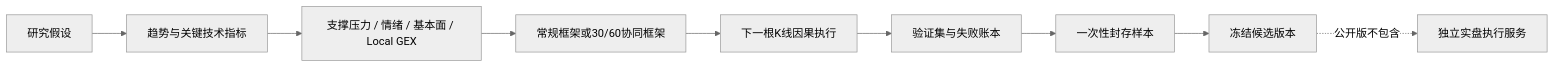
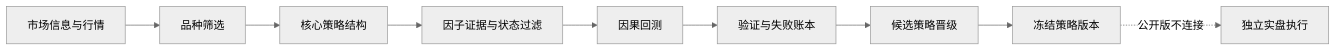
The diagram in README.md (mukhixiaoning122-create/futures-research-portfolio), drawn with Mermaid (neutral theme) before and after one commit. The commit also changed other lines of this file, not shown here.

````diff
--- a/README.md
+++ b/README.md
@@ -79,11 +38,11 @@
 ```mermaid
 flowchart LR
-    A["研究假设"] --> B["趋势与关键技术指标"]
-    B --> C["支撑压力 / 情绪 / 基本面 / Local GEX"]
-    C --> D["常规框架或30/60协同框架"]
-    D --> E["下一根K线因果执行"]
-    E --> F["验证集与失败账本"]
-    F --> G["一次性封存样本"]
-    G --> H["冻结候选版本"]
-    H -. "公开版不包含" .-> I["独立实盘执行服务"]
+    A["市场信息与行情"] --> B["品种筛选"]
+    B --> C["核心策略结构"]
+    C --> D["因子证据与状态过滤"]
+    D --> E["因果回测"]
+    E --> F["验证与失败账本"]
+    F --> G["候选策略晋级"]
+    G --> H["冻结策略版本"]
+    H -. "公开版不连接" .-> I["独立实盘执行"]
 ```
````
